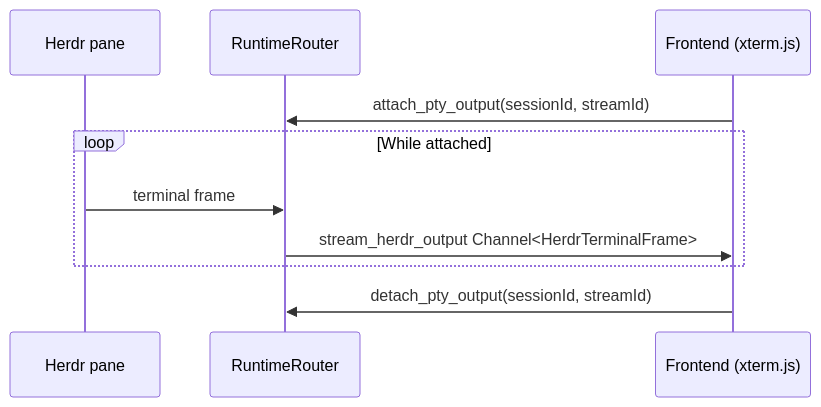
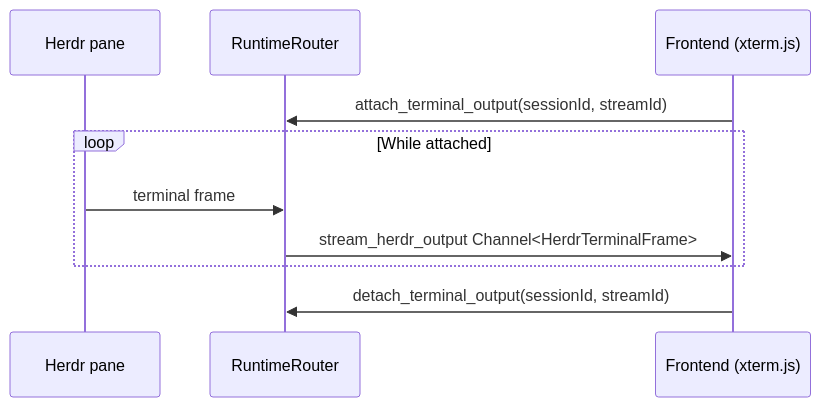
The second of 5 diagrams in docs/data-flow.md (AkaraChen/2code), drawn with Mermaid before and after one commit. The commit also changed other lines of this file and 40 other files, not shown here.

First line of the commit message:
refactor: rename the terminal session layer off pty

````diff
--- a/docs/data-flow.md
+++ b/docs/data-flow.md
@@ -49,13 +49,13 @@
 ```mermaid
 sequenceDiagram
     participant H as Herdr pane
     participant R as RuntimeRouter
     participant FE as Frontend (xterm.js)
 
-    FE->>R: attach_pty_output(sessionId, streamId)
+    FE->>R: attach_terminal_output(sessionId, streamId)
     loop While attached
         H->>R: terminal frame
         R->>FE: stream_herdr_output Channel<HerdrTerminalFrame>
     end
-    FE->>R: detach_pty_output(sessionId, streamId)
+    FE->>R: detach_terminal_output(sessionId, streamId)
 ```
````
